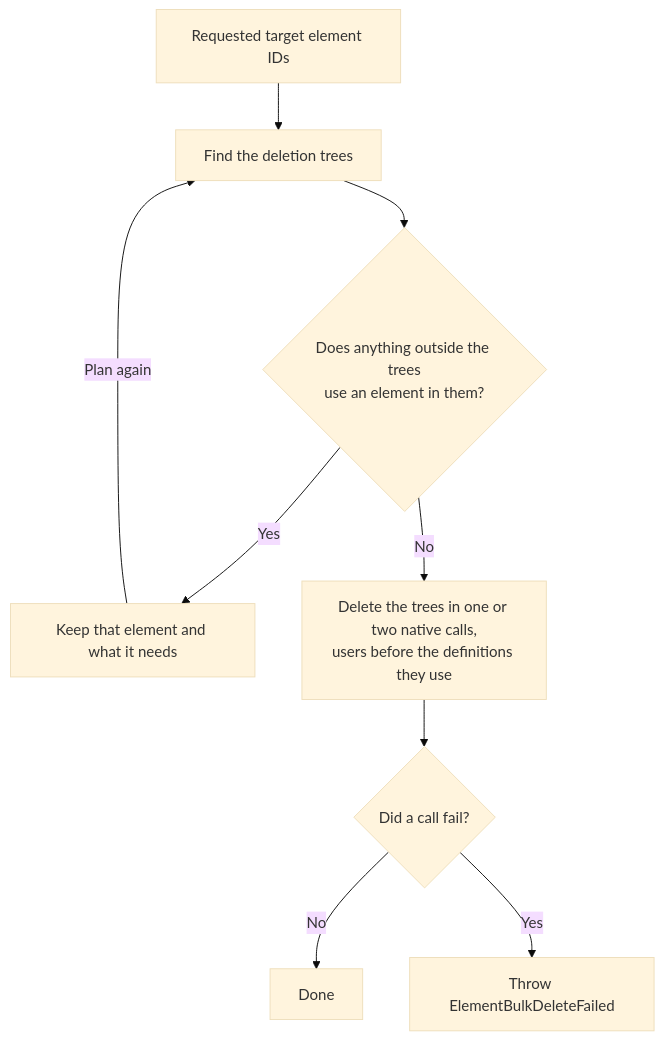
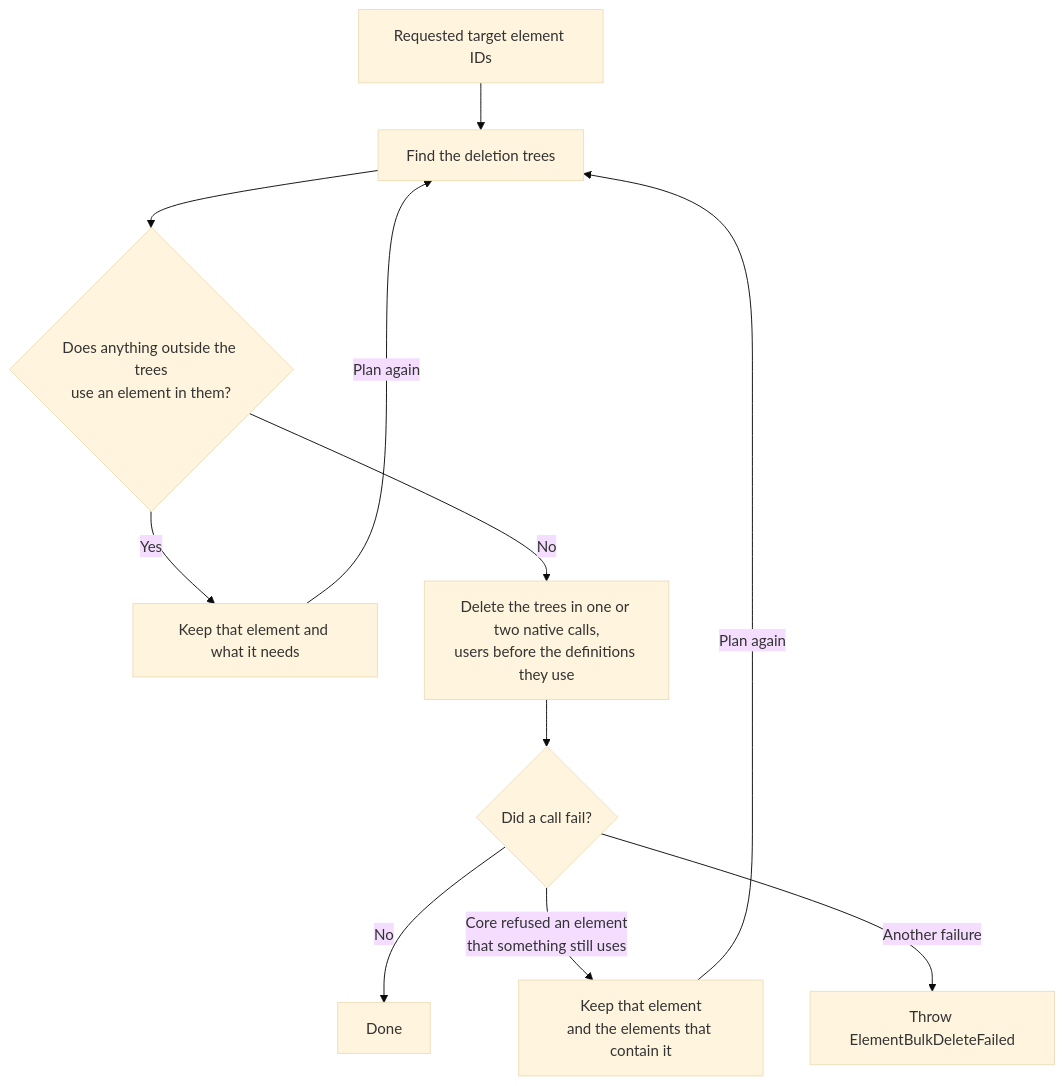
One commit to iTwin/imodel-transformer changed the diagram in docs/learning/transformer/element-deletion.md. Above: the diagram before and after it, drawn with Mermaid (base theme). The commit also changed other lines of this file and 6 other files, not shown here.

First line of the commit message:
Keep elements that native bulk deletion refuses (#489)

````diff
--- a/docs/learning/transformer/element-deletion.md
+++ b/docs/learning/transformer/element-deletion.md
@@ -25,11 +25,13 @@
 ```mermaid
 flowchart TD
     A["Requested target element IDs"] --> B["Find the deletion trees"]
     B --> C{"Does anything outside the trees<br/>use an element in them?"}
     C -->|"Yes"| D["Keep that element and what it needs"]
     D -->|"Plan again"| B
     C -->|"No"| E["Delete the trees in one or two native calls,<br/>users before the definitions they use"]
     E --> F{"Did a call fail?"}
     F -->|"No"| G["Done"]
-    F -->|"Yes"| H["Throw ElementBulkDeleteFailed"]
+    F -->|"Core refused an element<br/>that something still uses"| I["Keep that element<br/>and the elements that contain it"]
+    I -->|"Plan again"| B
+    F -->|"Another failure"| H["Throw ElementBulkDeleteFailed"]
 ```
````
